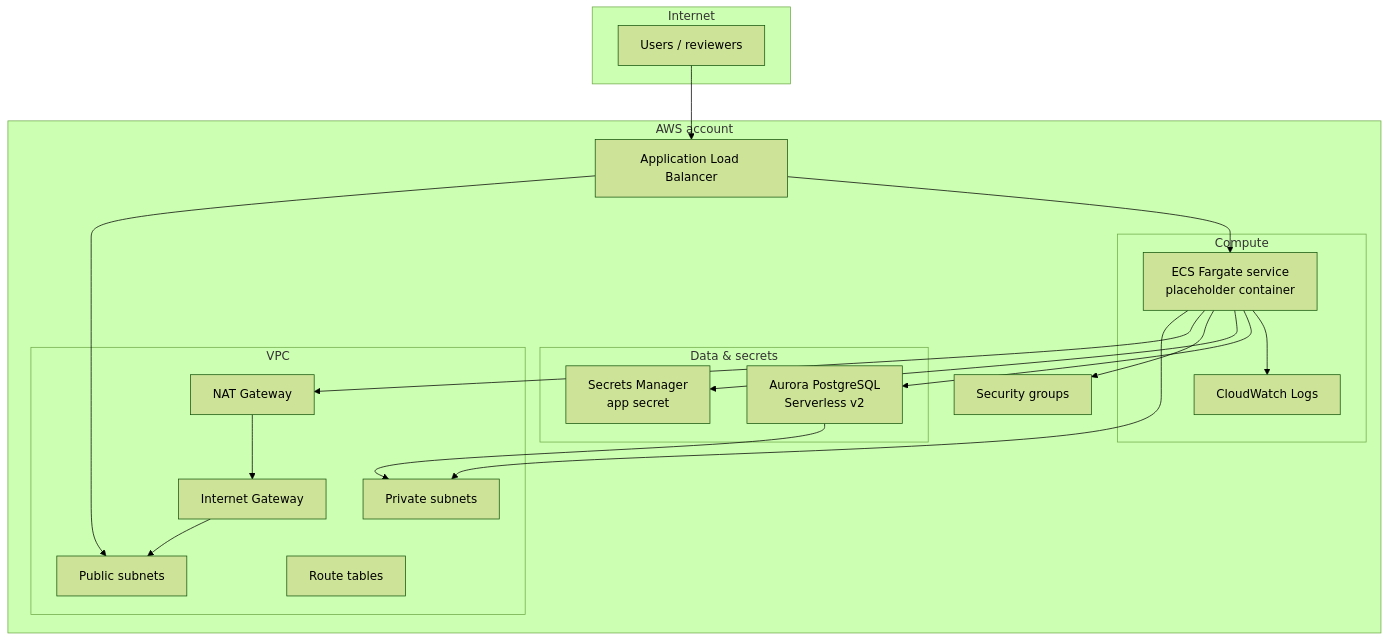
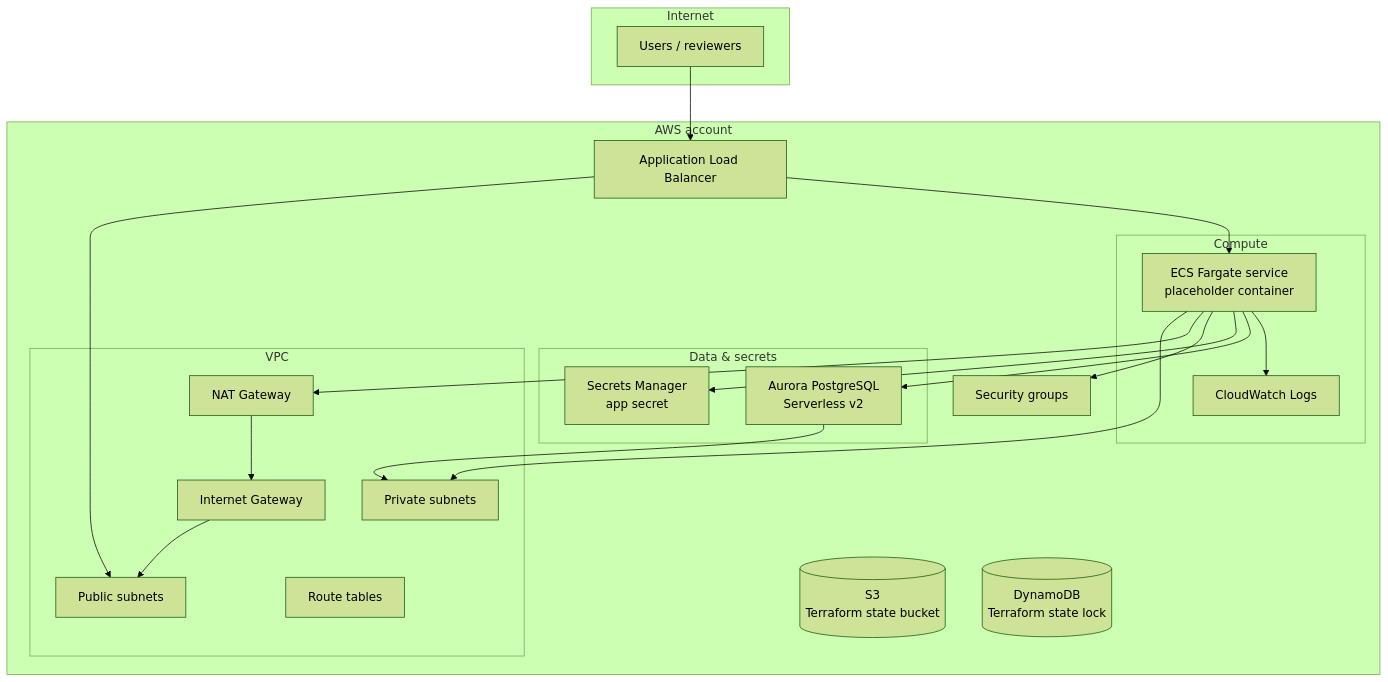
Before and after one commit to khemans/NGX_PlatformHub: the diagram in diagrams/architecture.md, drawn with Mermaid (forest theme). The commit also changed other lines of this file and 34 other files, not shown here.

First line of the commit message:
Move VPC to infrastructure; add DynamoDB lock and S3 state bucket roots

````diff
--- a/diagrams/architecture.md
+++ b/diagrams/architecture.md
@@ -5,43 +5,45 @@
 ```mermaid
 flowchart TB
   subgraph Internet
     U[Users / reviewers]
   end
 
   subgraph AWS["AWS account"]
+    S3[(S3\nTerraform state bucket)]
+    DDB[(DynamoDB\nTerraform state lock)]
     subgraph VPC["VPC"]
       IGW[Internet Gateway]
       NAT[NAT Gateway]
       PUB[Public subnets]
       PRIV[Private subnets]
       RT[Route tables]
     end
 
     ALB[Application Load Balancer]
     SG[Security groups]
 
     subgraph Data["Data & secrets"]
       SM[Secrets Manager\napp secret]
       AUR[Aurora PostgreSQL\nServerless v2]
     end
 
     subgraph Compute["Compute"]
       ECS[ECS Fargate service\nplaceholder container]
       CW[CloudWatch Logs]
     end
   end
 
   U --> ALB
   ALB --> PUB
   ALB --> ECS
   ECS --> PRIV
   ECS --> NAT
   NAT --> IGW
   ECS --> SG
   AUR --> PRIV
   ECS --> SM
   ECS --> AUR
   ECS --> CW
   IGW --> PUB
   VPC --- RT
 ```
````
